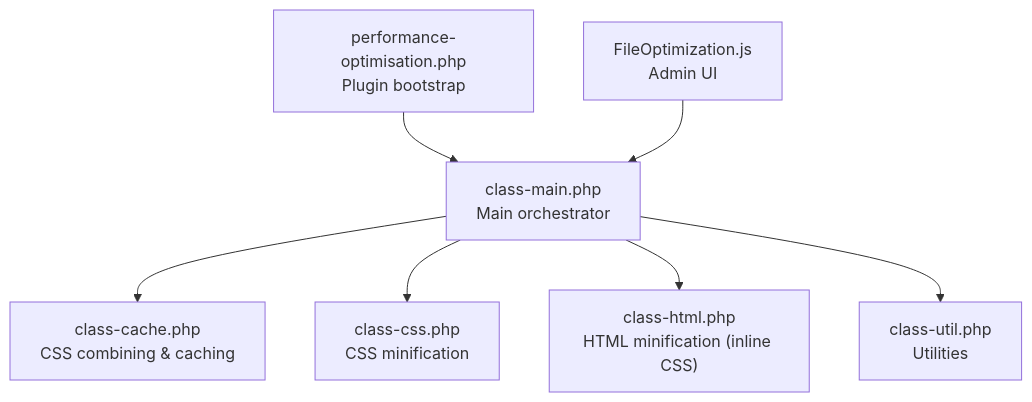
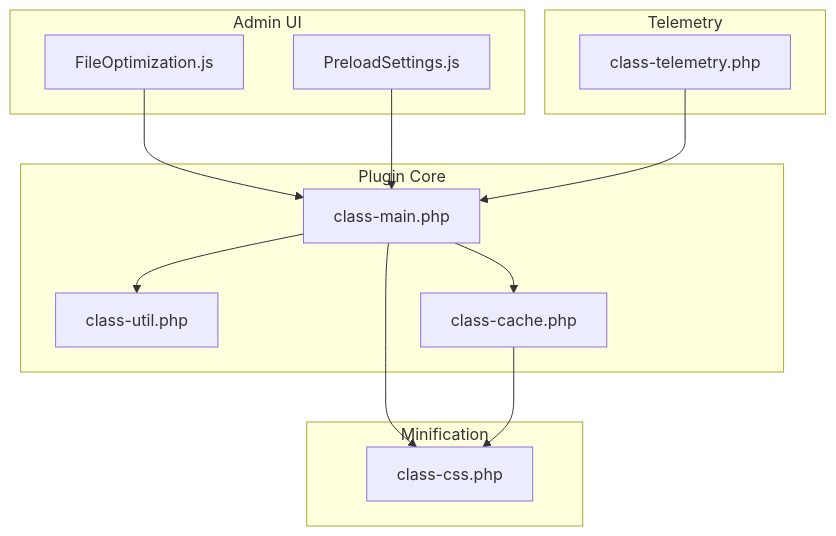
One commit to nilesh32236/performance-optimisation changed the first of 6 diagrams in .qoder/repowiki/en/content/Asset Optimization/CSS Optimization.md. Above: the diagram before and after it, drawn with Mermaid. The commit also changed other lines of this file and 46 other files, not shown here.

````diff
--- a/.qoder/repowiki/en/content/Asset Optimization/CSS Optimization.md
+++ b/.qoder/repowiki/en/content/Asset Optimization/CSS Optimization.md
@@ -38,9 +40,25 @@
 ```mermaid
 graph TB
-A["performance-optimisation.php<br/>Plugin bootstrap"] --> B["class-main.php<br/>Main orchestrator"]
-B --> C["class-cache.php<br/>CSS combining & caching"]
-B --> D["class-css.php<br/>CSS minification"]
-B --> E["class-html.php<br/>HTML minification (inline CSS)"]
-B --> F["class-util.php<br/>Utilities"]
-G["FileOptimization.js<br/>Admin UI"] --> B
+subgraph "Admin UI"
+FO["FileOptimization.js"]
+PS["PreloadSettings.js"]
+end
+subgraph "Plugin Core"
+MAIN["class-main.php"]
+UTIL["class-util.php"]
+CACHE["class-cache.php"]
+end
+subgraph "Minification"
+MINCSS["class-css.php"]
+end
+subgraph "Telemetry"
+TELE["class-telemetry.php"]
+end
+FO --> MAIN
+PS --> MAIN
+MAIN --> MINCSS
+MAIN --> CACHE
+CACHE --> MINCSS
+MAIN --> UTIL
+TELE --> MAIN
 ```
````
